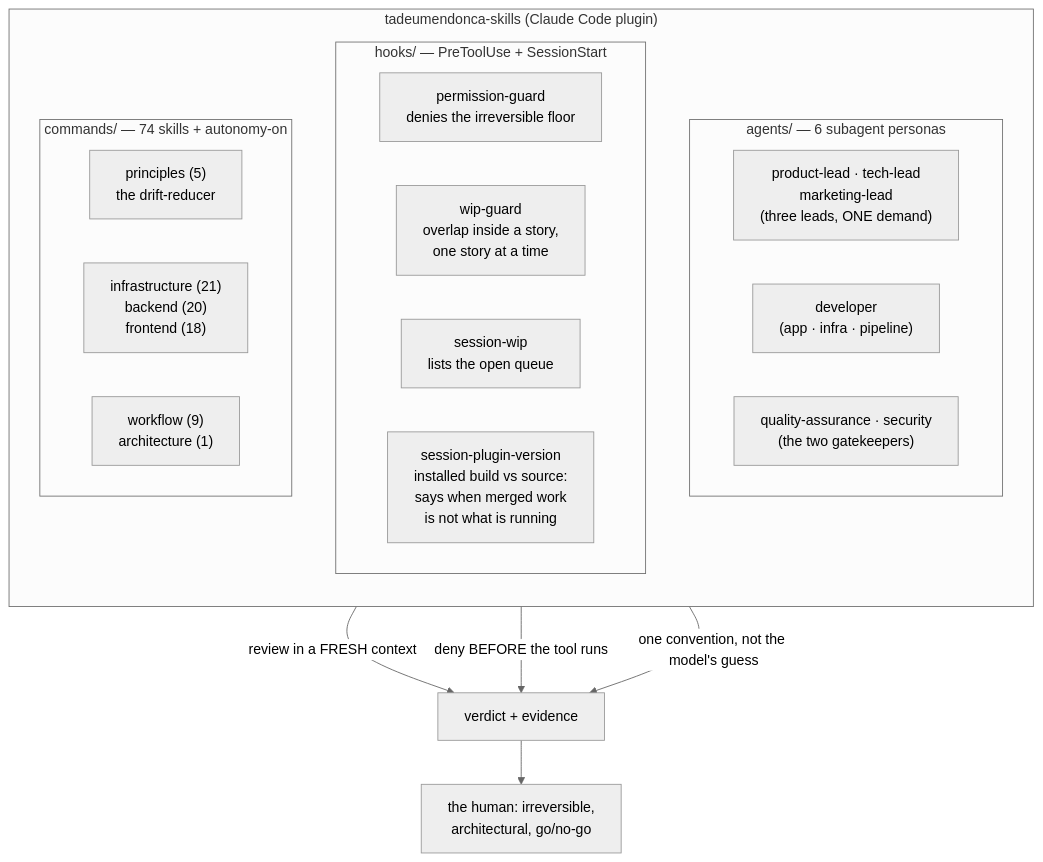
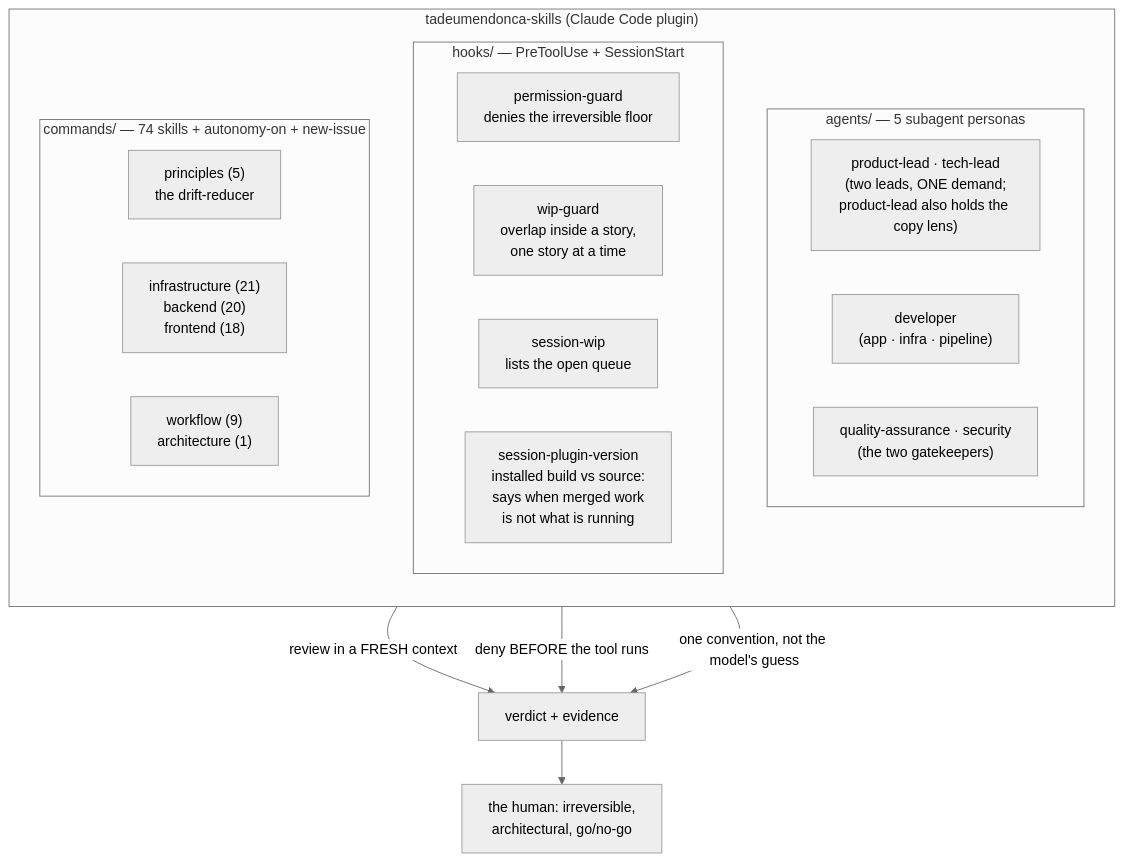
Before and after one commit to tedeuxx/tadeumendonca-skills: the diagram in README.md, drawn with Mermaid (neutral theme). The commit also changed other lines of this file and 15 other files, not shown here.

````diff
--- a/README.md
+++ b/README.md
@@ -52,33 +52,33 @@
 ```mermaid
 flowchart TB
   subgraph plugin["tadeumendonca-skills (Claude Code plugin)"]
     direction TB
 
-    subgraph personas["agents/ — 6 subagent personas"]
+    subgraph personas["agents/ — 5 subagent personas"]
       direction LR
-      P1["product-lead · tech-lead<br/>marketing-lead<br/>(three leads, ONE demand)"]
+      P1["product-lead · tech-lead<br/>(two leads, ONE demand;<br/>product-lead also holds the copy lens)"]
       P2["developer<br/>(app · infra · pipeline)"]
       P3["quality-assurance · security<br/>(the two gatekeepers)"]
     end
 
     subgraph hooks["hooks/ — PreToolUse + SessionStart"]
       direction LR
       H1["permission-guard<br/>denies the irreversible floor"]
       H2["wip-guard<br/>overlap inside a story,<br/>one story at a time"]
       H3["session-wip<br/>lists the open queue"]
       H4["session-plugin-version<br/>installed build vs source:<br/>says when merged work<br/>is not what is running"]
     end
 
-    subgraph skills["commands/ — 74 skills + autonomy-on"]
+    subgraph skills["commands/ — 74 skills + autonomy-on + new-issue"]
       direction LR
       S1["principles (5)<br/>the drift-reducer"]
       S2["infrastructure (21)<br/>backend (20)<br/>frontend (18)"]
       S3["workflow (9)<br/>architecture (1)"]
     end
   end
 
   personas -->|"review in a FRESH context"| verdict["verdict + evidence"]
   hooks -->|"deny BEFORE the tool runs"| verdict
   skills -->|"one convention, not the model's guess"| verdict
   verdict --> human["the human: irreversible,<br/>architectural, go/no-go"]
 ```
````
